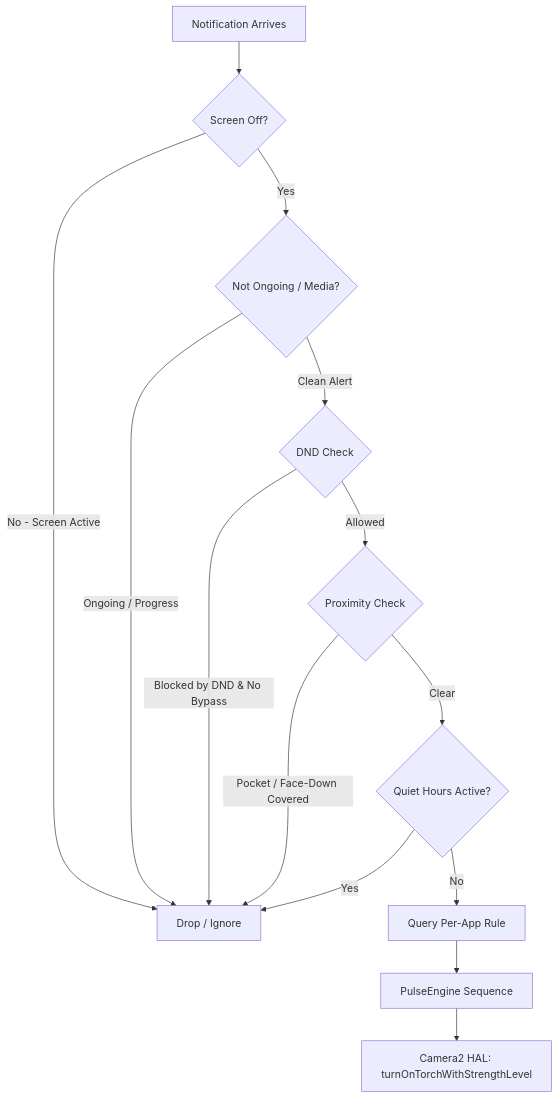
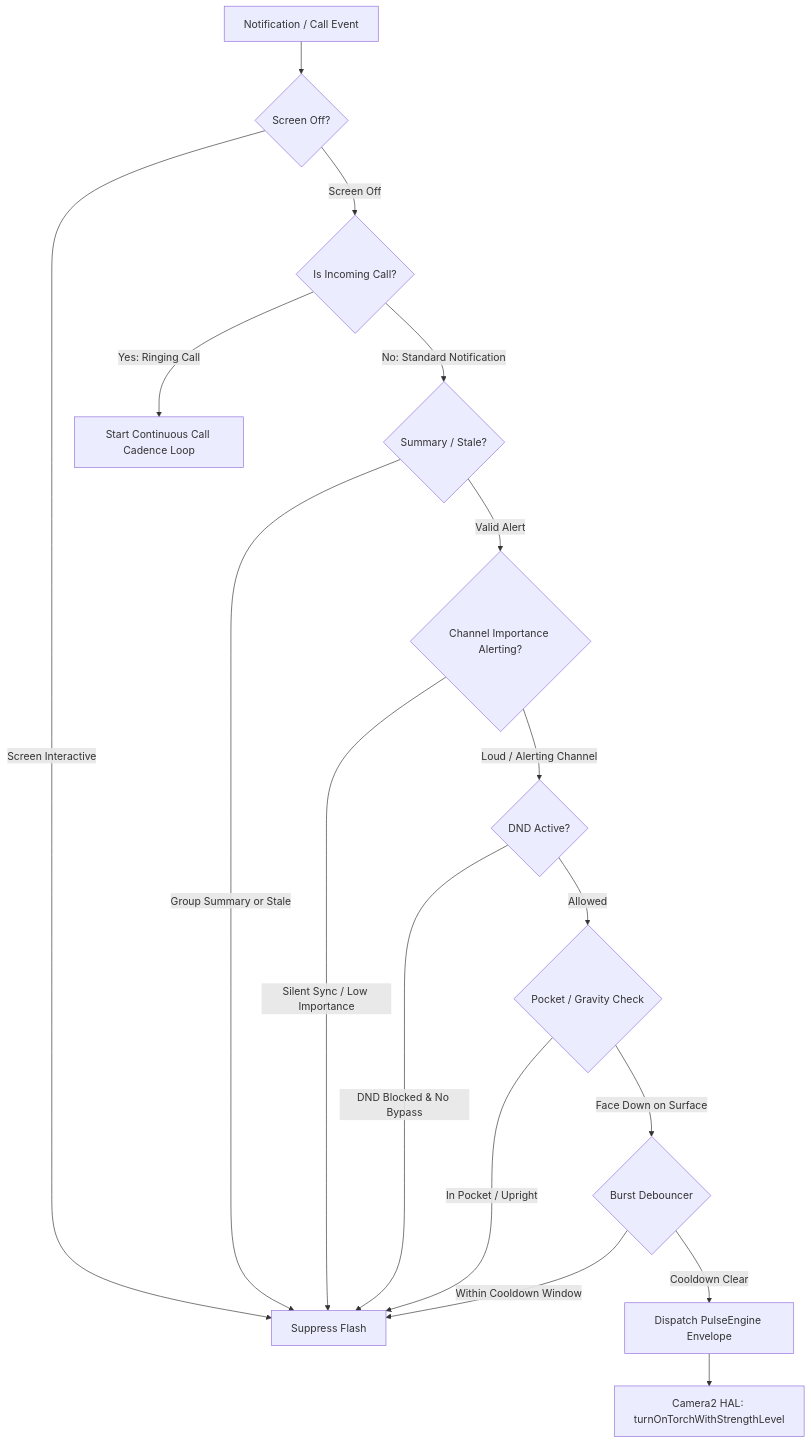
One commit to pcislocked/dimpulse changed the diagram in README.md. Above: the diagram before and after it, drawn with Mermaid. The commit also changed other lines of this file, not shown here.

Commit message:
docs: Comprehensive overhaul of README with Light Profiles, Call Engine, and architecture diagrams

````diff
--- a/README.md
+++ b/README.md
@@ -40,16 +81,19 @@
 ```mermaid
 flowchart TD
-    A[Notification Arrives] --> B{Screen Off?}
-    B -->|No - Screen Active| Drop[Drop / Ignore]
-    B -->|Yes| C{Not Ongoing / Media?}
-    C -->|Ongoing / Progress| Drop
-    C -->|Clean Alert| D{DND Check}
-    D -->|Blocked by DND & No Bypass| Drop
-    D -->|Allowed| E{Proximity Check}
-    E -->|Pocket / Face-Down Covered| Drop
-    E -->|Clear| F{Quiet Hours Active?}
-    F -->|Yes| Drop
-    F -->|No| G[Query Per-App Rule]
-    G --> H[PulseEngine Sequence]
-    H --> I[Camera2 HAL: turnOnTorchWithStrengthLevel]
+    A[Notification / Call Event] --> B{Screen Off?}
+    B -->|Screen Interactive| Drop[Suppress Flash]
+    B -->|Screen Off| C{Is Incoming Call?}
+    C -->|Yes: Ringing Call| CallEngine[Start Continuous Call Cadence Loop]
+    C -->|No: Standard Notification| D{Summary / Stale?}
+    D -->|Group Summary or Stale| Drop
+    D -->|Valid Alert| E{Channel Importance Alerting?}
+    E -->|Silent Sync / Low Importance| Drop
+    E -->|Loud / Alerting Channel| F{DND Active?}
+    F -->|DND Blocked & No Bypass| Drop
+    F -->|Allowed| G{Pocket / Gravity Check}
+    G -->|In Pocket / Upright| Drop
+    G -->|Face Down on Surface| H{Burst Debouncer}
+    H -->|Within Cooldown Window| Drop
+    H -->|Cooldown Clear| I[Dispatch PulseEngine Envelope]
+    I --> J[Camera2 HAL: turnOnTorchWithStrengthLevel]
 ```
````
